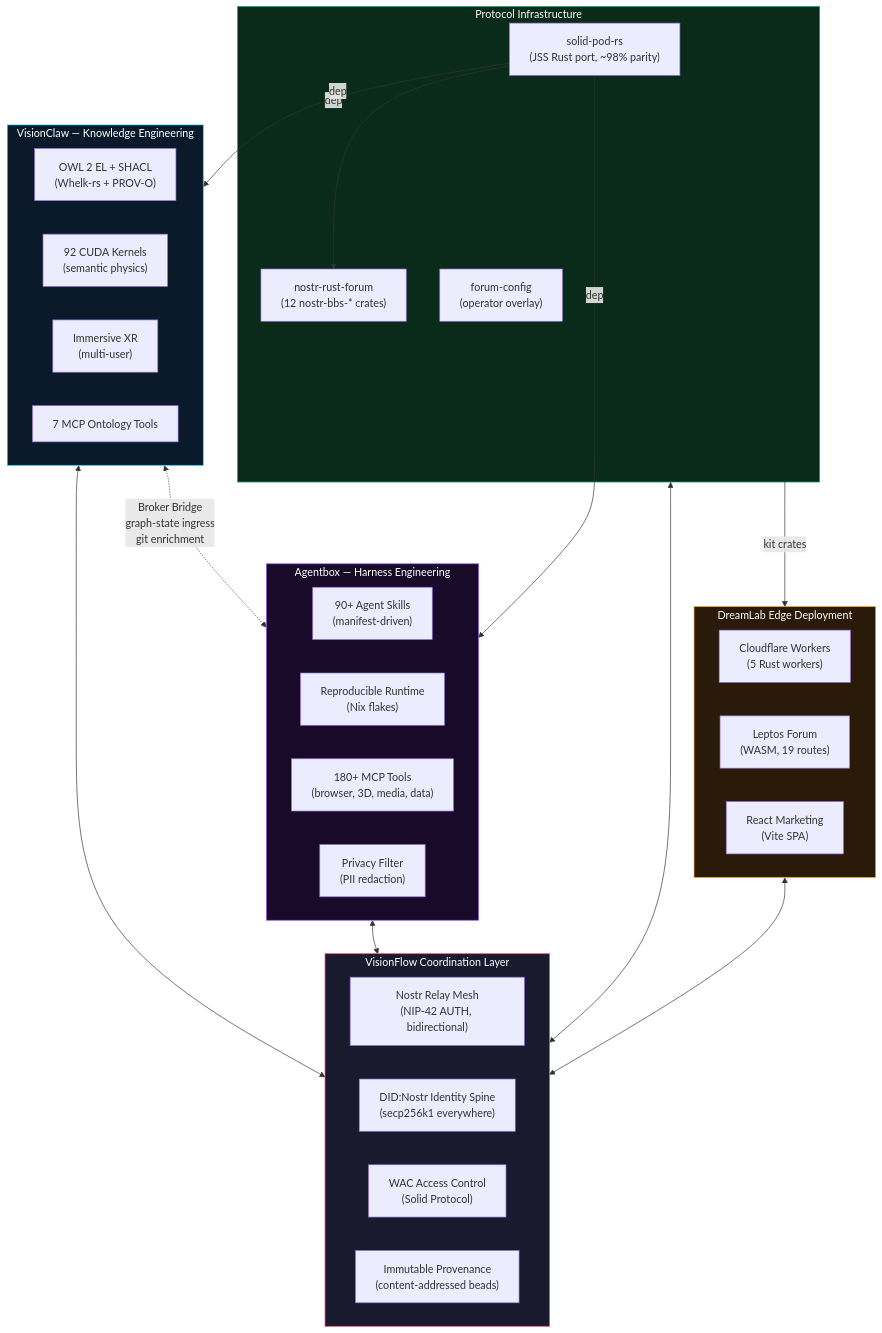
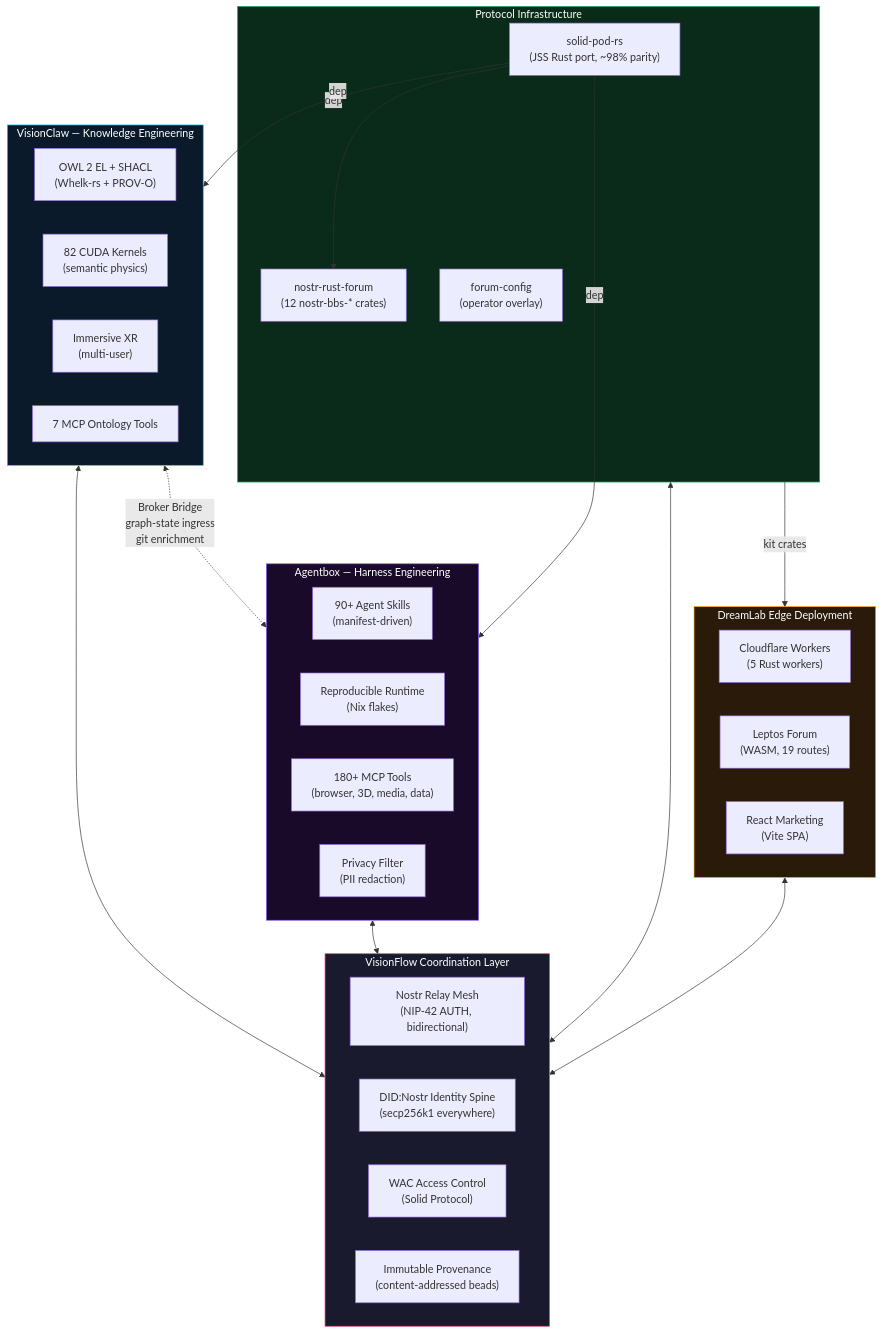
Before and after one commit to DreamLab-AI/VisionFlow: the second of 10 diagrams in README.md, drawn with Mermaid. The commit also changed other lines of this file and 2 other files, not shown here.

````diff
--- a/README.md
+++ b/README.md
@@ -116,53 +116,53 @@
 ```mermaid
 flowchart TB
     subgraph VF["VisionFlow Coordination Layer"]
         direction LR
         MESH["Nostr Relay Mesh\n(NIP-42 AUTH, bidirectional)"]
         DID["DID:Nostr Identity Spine\n(secp256k1 everywhere)"]
         WAC["WAC Access Control\n(Solid Protocol)"]
         PROV["Immutable Provenance\n(content-addressed beads)"]
     end
 
     subgraph VC["VisionClaw — Knowledge Engineering"]
         OWL["OWL 2 EL + SHACL\n(Whelk-rs + PROV-O)"]
-        GPU["92 CUDA Kernels\n(semantic physics)"]
+        GPU["82 CUDA Kernels\n(semantic physics)"]
         XR["Immersive XR\n(multi-user)"]
         MCP_VC["7 MCP Ontology Tools"]
     end
 
     subgraph AB["Agentbox — Harness Engineering"]
         AGENTS["90+ Agent Skills\n(manifest-driven)"]
         NIX["Reproducible Runtime\n(Nix flakes)"]
         TOOLS["180+ MCP Tools\n(browser, 3D, media, data)"]
         PRIV["Privacy Filter\n(PII redaction)"]
     end
 
     subgraph PROTO["Protocol Infrastructure"]
         SPR["solid-pod-rs\n(JSS Rust port, ~98% parity)"]
         NRF["nostr-rust-forum\n(12 nostr-bbs-* crates)"]
         FC["forum-config\n(operator overlay)"]
     end
 
     subgraph EDGE["DreamLab Edge Deployment"]
         CF["Cloudflare Workers\n(5 Rust workers)"]
         FORUM["Leptos Forum\n(WASM, 19 routes)"]
         SITE["React Marketing\n(Vite SPA)"]
     end
 
     VC <--> VF
     AB <--> VF
     PROTO <--> VF
     EDGE <--> VF
 
     VC <-.->|"Broker Bridge\ngraph-state ingress\ngit enrichment"| AB
     PROTO -->|"kit crates"| EDGE
     SPR -->|"dep"| NRF
     SPR -->|"dep"| AB
     SPR -->|"dep"| VC
 
     style VF fill:#1a1a2e,stroke:#e94560,color:#fff
     style VC fill:#0a1a2a,stroke:#00d4ff,color:#fff
     style AB fill:#1a0a2a,stroke:#8b5cf6,color:#fff
     style PROTO fill:#0a2a1a,stroke:#10b981,color:#fff
     style EDGE fill:#2a1a0a,stroke:#f59e0b,color:#fff
 ```
````
